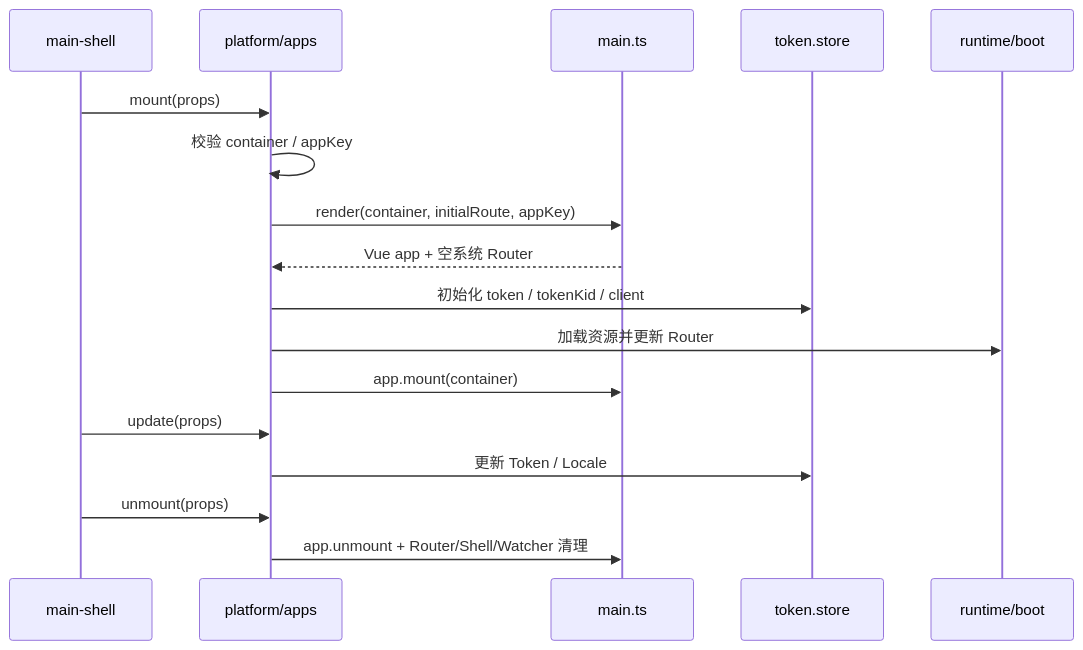
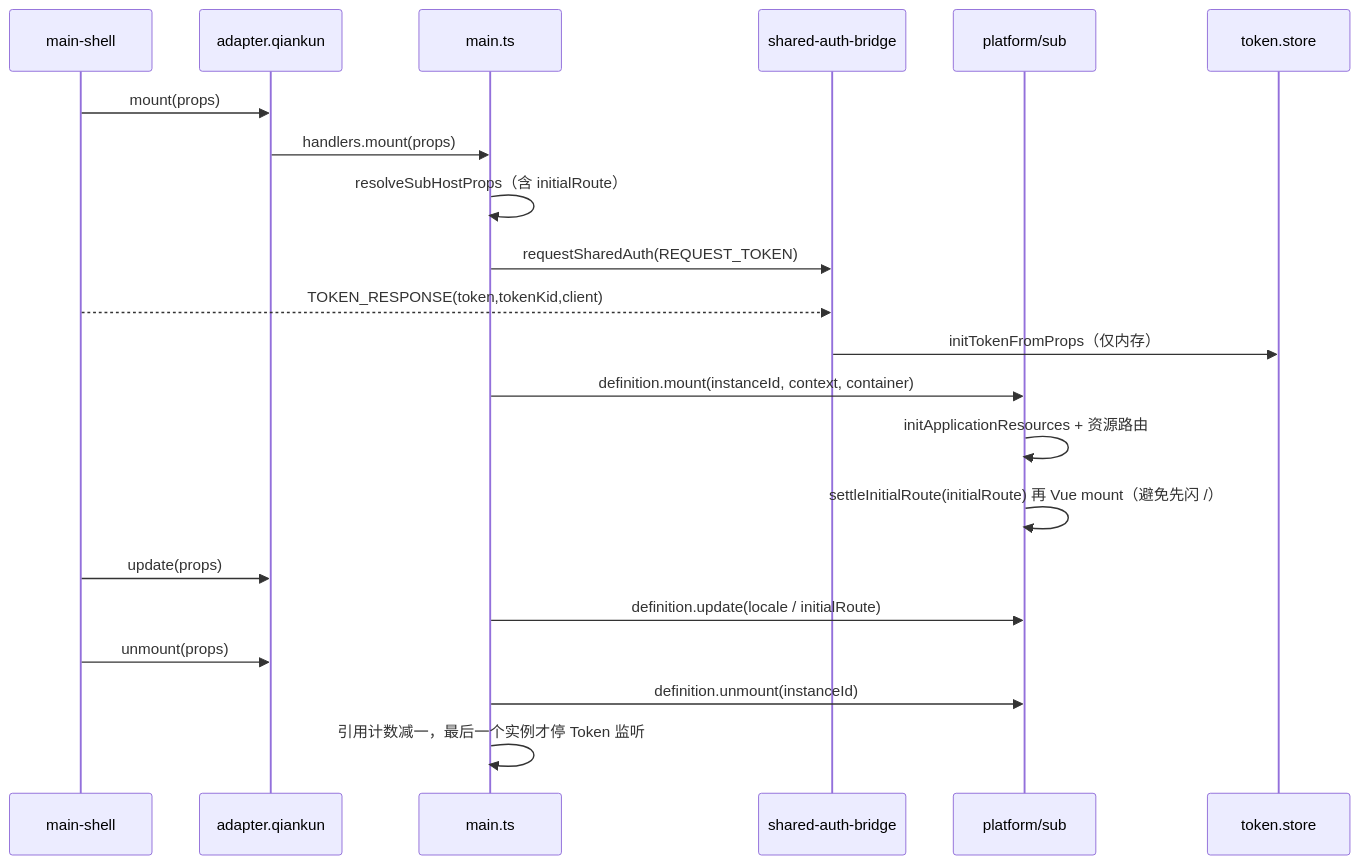
One commit to g2rain/g2rain-app-template changed the second of 2 diagrams in docs/architecture/runtime-flows.md. Above: the diagram before and after it, drawn with Mermaid. The commit also changed other lines of this file and 137 other files, not shown here.

````diff
--- a/docs/architecture/runtime-flows.md
+++ b/docs/architecture/runtime-flows.md
@@ -35,20 +35,24 @@
 ```mermaid
 sequenceDiagram
   participant Shell as main-shell
-  participant Adapter as platform/apps
+  participant Adapter as adapter.qiankun
   participant Main as main.ts
+  participant Bridge as shared-auth-bridge
+  participant Sub as platform/sub
   participant Token as token.store
-  participant Boot as runtime/boot
 
   Shell->>Adapter: mount(props)
-  Adapter->>Adapter: 校验 container / appKey
-  Adapter->>Main: render(container, initialRoute, appKey)
-  Main-->>Adapter: Vue app + 空系统 Router
-  Adapter->>Token: 初始化 token / tokenKid / client
-  Adapter->>Boot: 加载资源并更新 Router
-  Adapter->>Main: app.mount(container)
+  Adapter->>Main: handlers.mount(props)
+  Main->>Main: resolveSubHostProps（含 initialRoute）
+  Main->>Bridge: requestSharedAuth(REQUEST_TOKEN)
+  Shell-->>Bridge: TOKEN_RESPONSE(token,tokenKid,client)
+  Bridge->>Token: initTokenFromProps（仅内存）
+  Main->>Sub: definition.mount(instanceId, context, container)
+  Sub->>Sub: initApplicationResources + 资源路由
+  Sub->>Sub: settleInitialRoute(initialRoute) 再 Vue mount（避免先闪 /）
   Shell->>Adapter: update(props)
-  Adapter->>Token: 更新 Token / Locale
+  Main->>Sub: definition.update(locale / initialRoute)
   Shell->>Adapter: unmount(props)
-  Adapter->>Main: app.unmount + Router/Shell/Watcher 清理
+  Main->>Sub: definition.unmount(instanceId)
+  Main->>Main: 引用计数减一，最后一个实例才停 Token 监听
 ```
````
